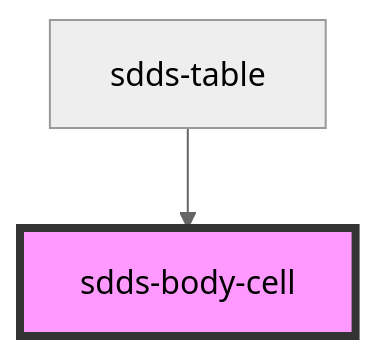
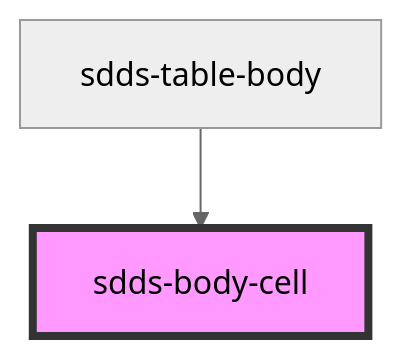
One commit to scania-digital-design-system/sdds changed the diagram in components/src/components/table/table-body-cell/readme.md. Above: the diagram before and after it, drawn with Mermaid (neutral theme). The commit also changed other lines of this file and 11 other files, not shown here.

Commit message:
fix: display selected rows on table-body component

````diff
--- a/components/src/components/table/table-body-cell/readme.md
+++ b/components/src/components/table/table-body-cell/readme.md
@@ -23,5 +23,5 @@
 ```mermaid
 graph TD;
-  sdds-table --> sdds-body-cell
+  sdds-table-body --> sdds-body-cell
   style sdds-body-cell fill:#f9f,stroke:#333,stroke-width:4px
 ```
````
